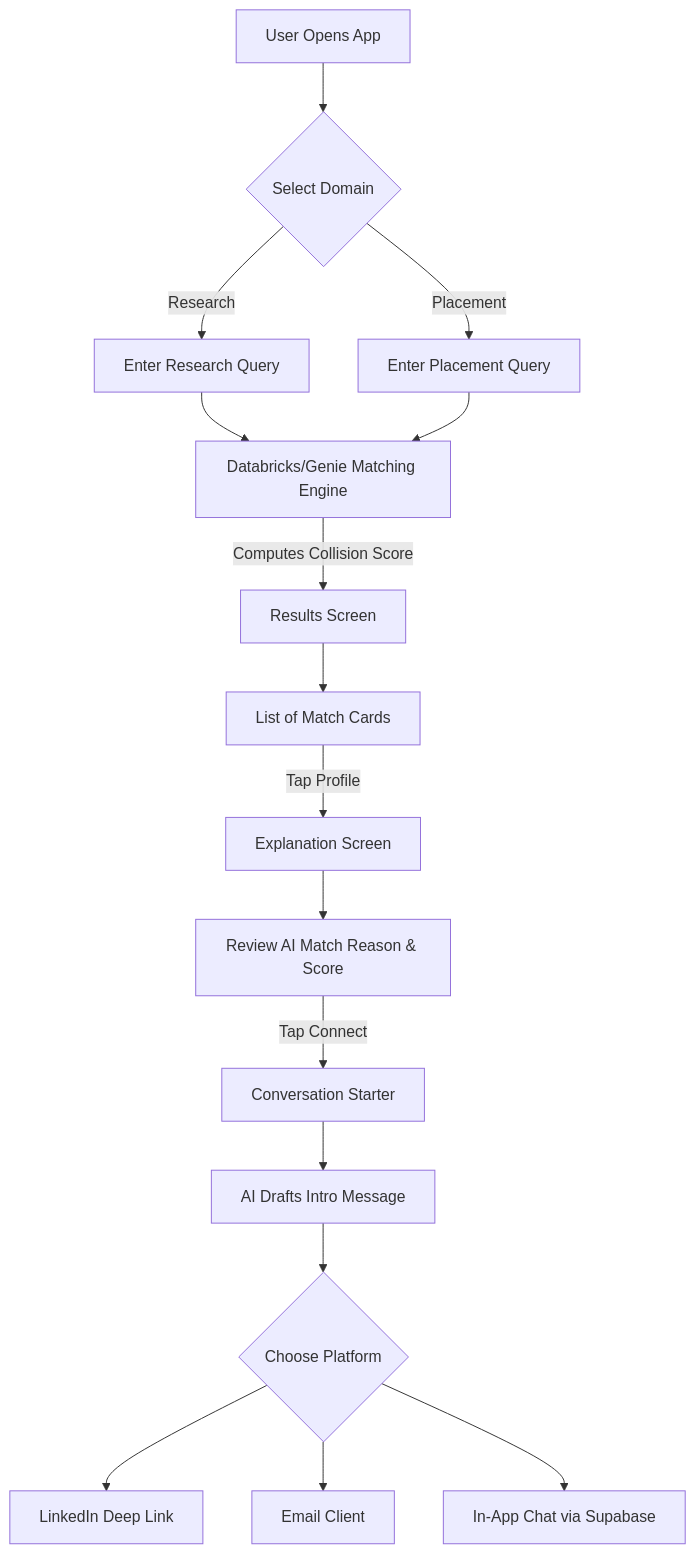
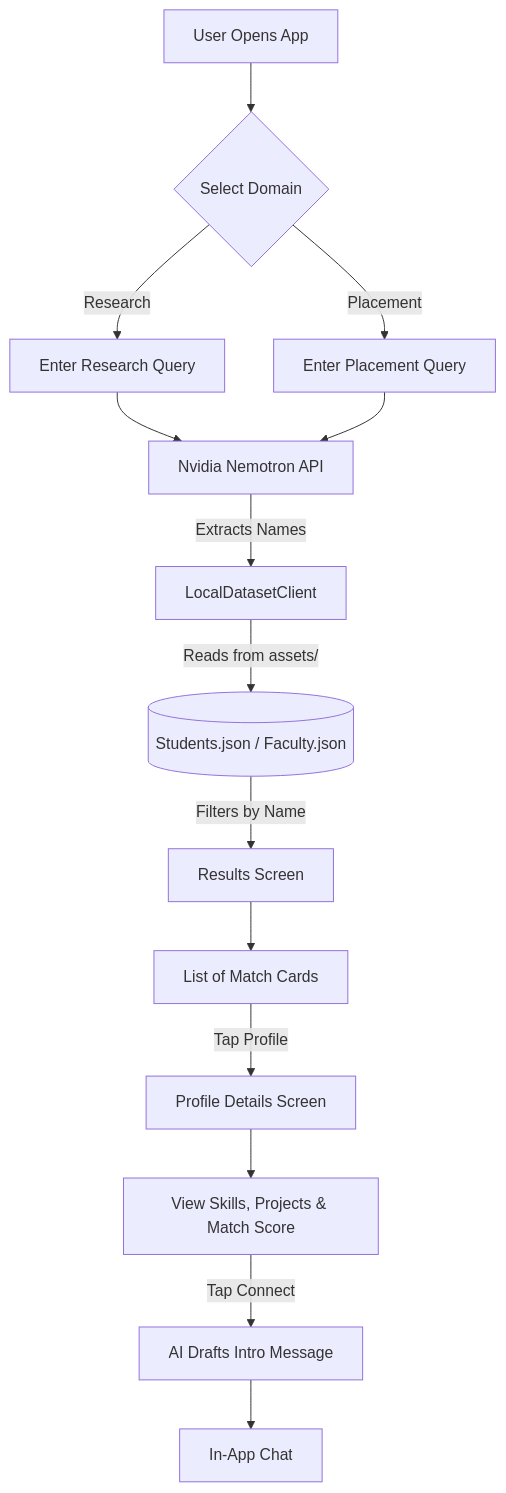
One commit to D-Harsha-vardhan/CampusConnect----CloverDynamics changed the diagram in README.md. Above: the diagram before and after it, drawn with Mermaid. The commit also changed other lines of this file, not shown here.

Commit message:
Update README with Clover Dynamics branding and architecture

````diff
--- a/README.md
+++ b/README.md
@@ -18,23 +18,21 @@
 ```mermaid
 graph TD
     A[User Opens App] --> B{Select Domain}
     B -->|Research| C[Enter Research Query]
     B -->|Placement| D[Enter Placement Query]
     
-    C --> E[Databricks/Genie Matching Engine]
+    C --> E[Nvidia Nemotron API]
     D --> E
     
-    E -->|Computes Collision Score| F[Results Screen]
-    F --> G[List of Match Cards]
+    E -->|Extracts Names| F[LocalDatasetClient]
+    F -->|Reads from assets/| G[(Students.json / Faculty.json)]
     
-    G -->|Tap Profile| H[Explanation Screen]
-    H --> I[Review AI Match Reason & Score]
+    G -->|Filters by Name| H[Results Screen]
+    H --> I[List of Match Cards]
     
-    I -->|Tap Connect| J[Conversation Starter]
-    J --> K[AI Drafts Intro Message]
+    I -->|Tap Profile| J[Profile Details Screen]
+    J --> K[View Skills, Projects & Match Score]
     
-    K --> L{Choose Platform}
-    L --> M[LinkedIn Deep Link]
-    L --> N[Email Client]
-    L --> O[In-App Chat via Supabase]
+    K -->|Tap Connect| L[AI Drafts Intro Message]
+    L --> M[In-App Chat]
 ```
````
